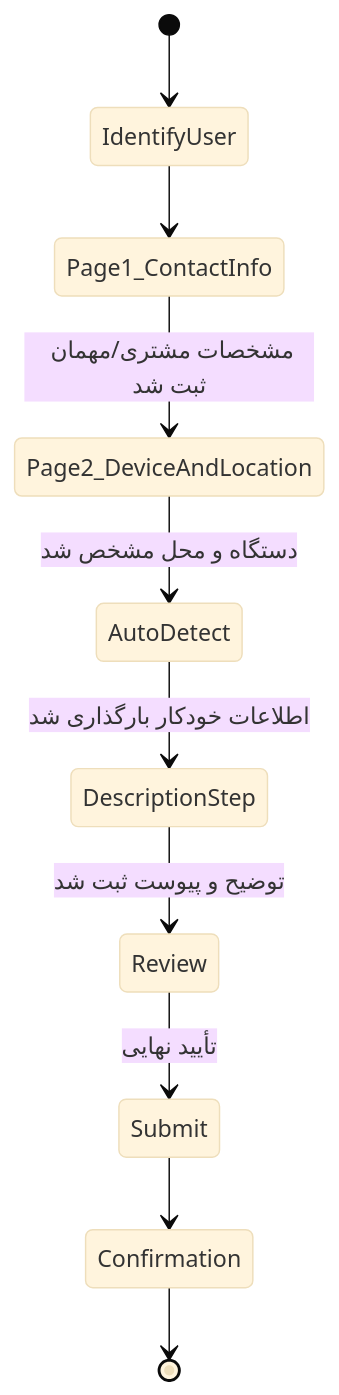
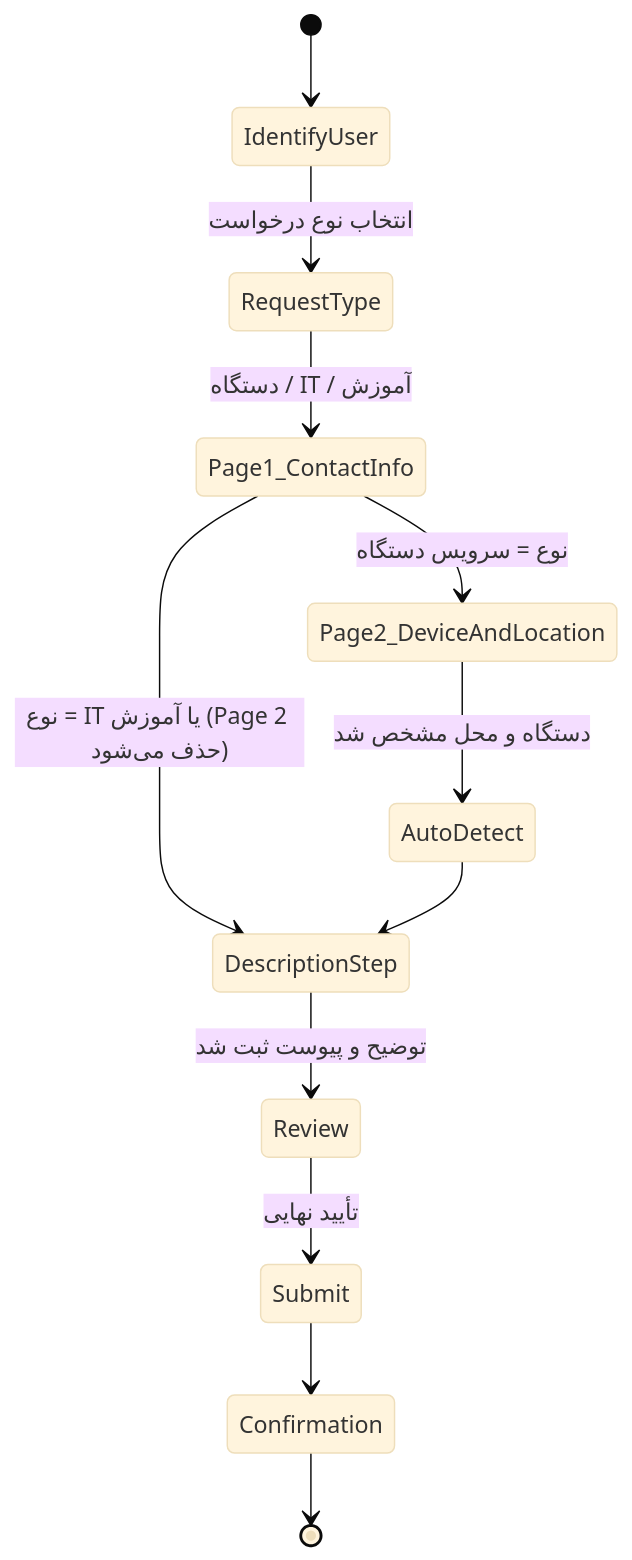
Before and after one commit to iMMSHJ/my-odoo: the first of 2 diagrams in docs/12-technical-design/DOC-038-pps-ticket-wizard-technical-design.md, drawn with Mermaid (base theme). The commit also changed other lines of this file and 3 other files, not shown here.

````diff
--- a/docs/12-technical-design/DOC-038-pps-ticket-wizard-technical-design.md
+++ b/docs/12-technical-design/DOC-038-pps-ticket-wizard-technical-design.md
@@ -43,14 +45,18 @@
 ```mermaid
 stateDiagram-v2
     [*] --> IdentifyUser
-    IdentifyUser --> Page1_ContactInfo
+    IdentifyUser --> RequestType: انتخاب نوع درخواست
 
-    Page1_ContactInfo --> Page2_DeviceAndLocation: مشخصات مشتری/مهمان ثبت شد
+    RequestType --> Page1_ContactInfo: دستگاه / IT / آموزش
+
+    Page1_ContactInfo --> Page2_DeviceAndLocation: نوع = سرویس دستگاه
+    Page1_ContactInfo --> DescriptionStep: نوع = IT یا آموزش (Page 2 حذف می‌شود)
 
     Page2_DeviceAndLocation --> AutoDetect: دستگاه و محل مشخص شد
-    AutoDetect --> DescriptionStep: اطلاعات خودکار بارگذاری شد
+    AutoDetect --> DescriptionStep
+
     DescriptionStep --> Review: توضیح و پیوست ثبت شد
     Review --> Submit: تأیید نهایی
     Submit --> Confirmation
     Confirmation --> [*]
 ```
````
